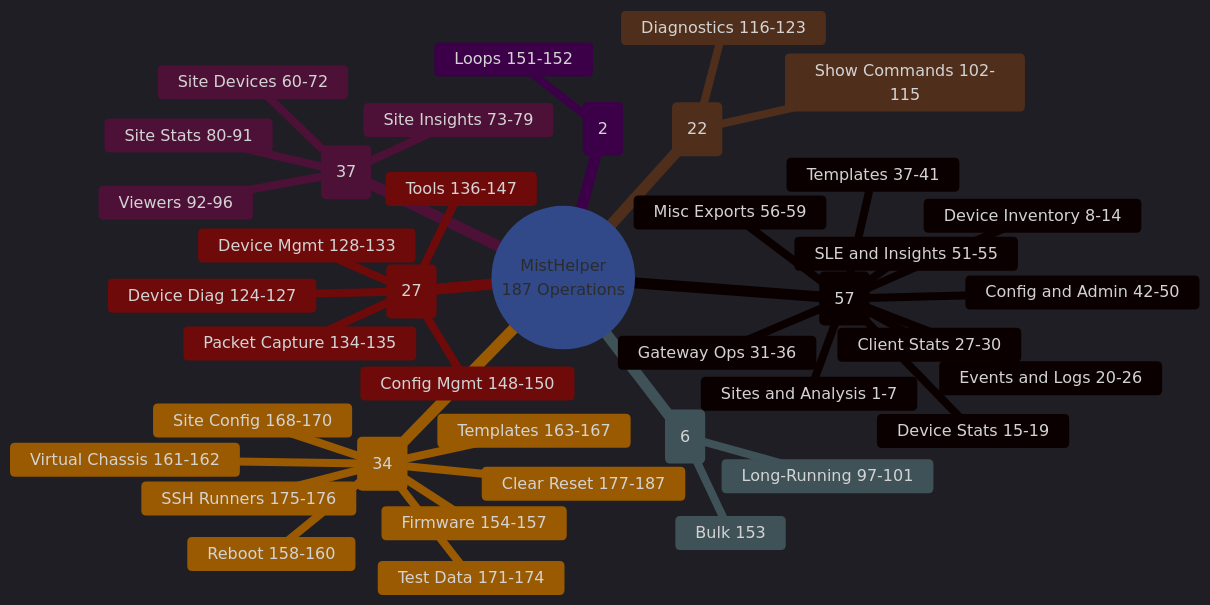
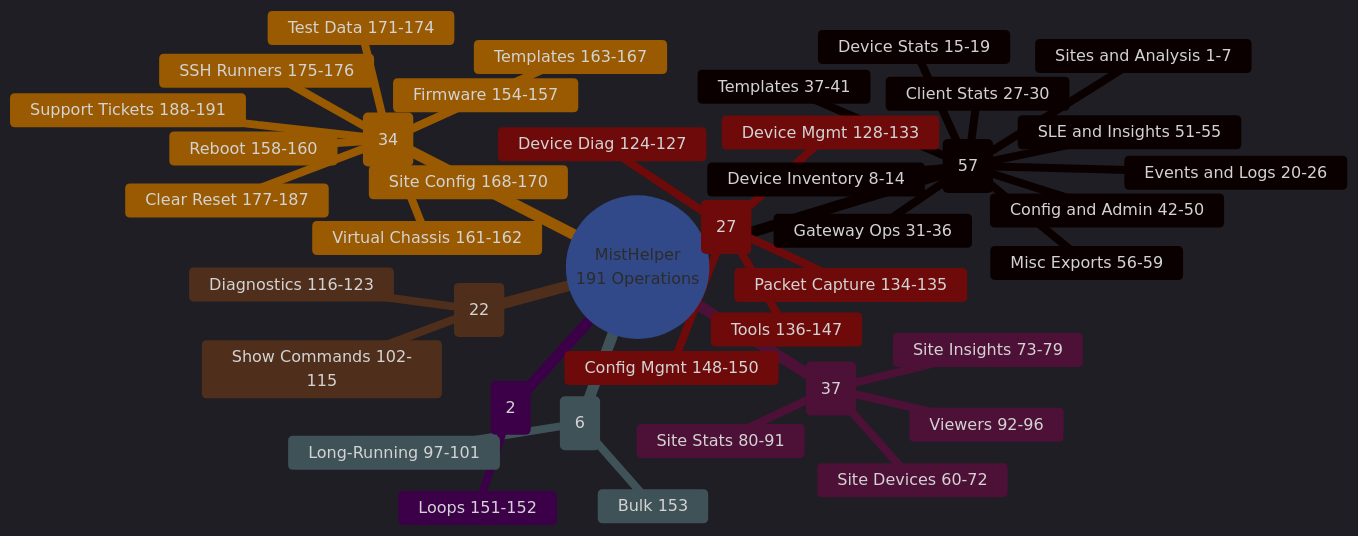
One commit to jmorrison-juniper/MistHelper changed the second of 2 diagrams in README.md. Above: the diagram before and after it, drawn with Mermaid. The commit also changed other lines of this file and 3 other files, not shown here.

First line of the commit message:
version 26.05.24.22.49 - feat(tickets): add support ticket management (Menus 188-191)

````diff
--- a/README.md
+++ b/README.md
@@ -96,53 +96,54 @@
 ```mermaid
 %%{init: {'theme': 'dark', 'themeVariables': {
   'primaryColor': '#E20074',
   'primaryTextColor': '#E0E0E0',
   'primaryBorderColor': '#99004D',
   'lineColor': '#FF4DA6',
   'secondaryColor': '#16213E',
   'tertiaryColor': '#1A1A2E',
   'fontFamily': 'ui-monospace, monospace'
 }}}%%
 mindmap
-   root((MistHelper<br/>187 Operations))
+   root((MistHelper<br/>191 Operations))
     Safe Org Exports (57)
       Sites and Analysis 1-7
       Device Inventory 8-14
       Device Stats 15-19
       Events and Logs 20-26
       Client Stats 27-30
       Gateway Ops 31-36
       Templates 37-41
       Config and Admin 42-50
       SLE and Insights 51-55
       Misc Exports 56-59
     Interactive Safe (37)
       Site Devices 60-72
       Site Insights 73-79
       Site Stats 80-91
       Viewers 92-96
     Resource Intensive (6)
       Long-Running 97-101
       Bulk 153
     WebSocket (22)
       Show Commands 102-115
       Diagnostics 116-123
     Interactive (27)
       Device Diag 124-127
       Device Mgmt 128-133
       Packet Capture 134-135
       Tools 136-147
       Config Mgmt 148-150
     Continuous (2)
       Loops 151-152
     Destructive (34)
       ::icon(fa fa-warning)
       Firmware 154-157
       Reboot 158-160
       Virtual Chassis 161-162
       Templates 163-167
       Site Config 168-170
       Test Data 171-174
       SSH Runners 175-176
       Clear Reset 177-187
+      Support Tickets 188-191
 ```
````
